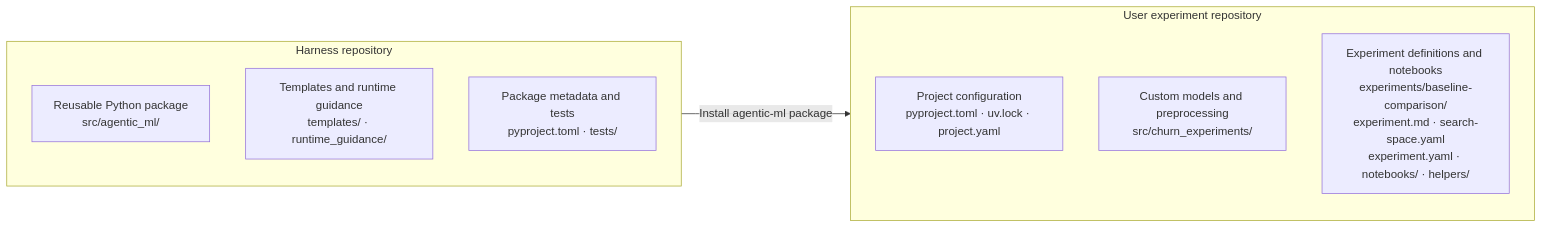
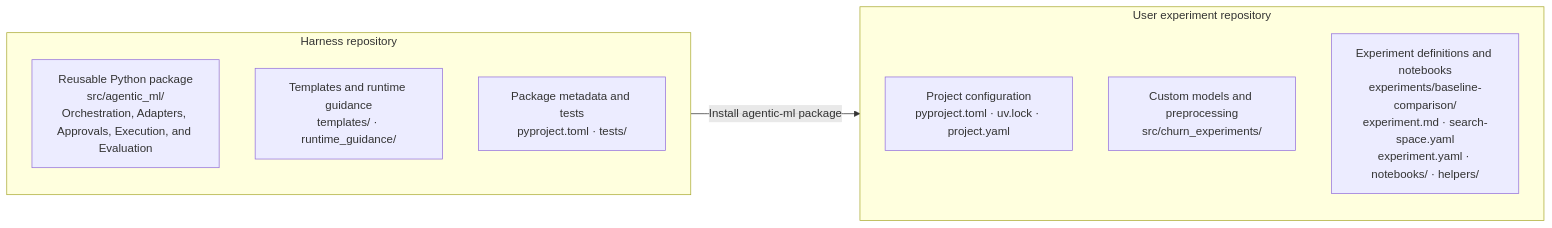
The second of 3 diagrams in docs/specs/agentic-ml-harness-proposal.md (jimthompson5802/agentic-ml), drawn with Mermaid before and after one commit. The commit also changed other lines of this file, not shown here.

Commit message:
docs: align architecture diagrams and harness component boundaries

````diff
--- a/docs/specs/agentic-ml-harness-proposal.md
+++ b/docs/specs/agentic-ml-harness-proposal.md
@@ -98,18 +119,18 @@
 ```mermaid
 flowchart LR
     subgraph H["Harness repository"]
         direction TB
-        HC["Reusable Python package<br/>src/agentic_ml/"]
+        HC["Reusable Python package<br/>src/agentic_ml/<br/>Orchestration, Adapters, Approvals, Execution, and Evaluation"]
         HR["Templates and runtime guidance<br/>templates/ · runtime_guidance/"]
         HD["Package metadata and tests<br/>pyproject.toml · tests/"]
     end
 
     subgraph U["User experiment repository"]
         direction TB
         UC["Project configuration<br/>pyproject.toml · uv.lock · project.yaml"]
         UP["Custom models and preprocessing<br/>src/churn_experiments/"]
         UE["Experiment definitions and notebooks<br/>experiments/baseline-comparison/<br/>experiment.md · search-space.yaml<br/>experiment.yaml · notebooks/ · helpers/"]
     end
 
     H -->|Install agentic-ml package| U
 ```
````
